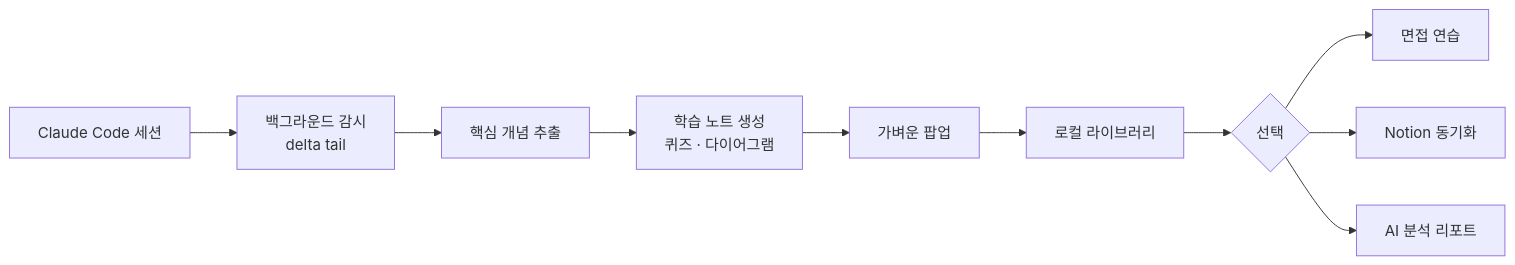
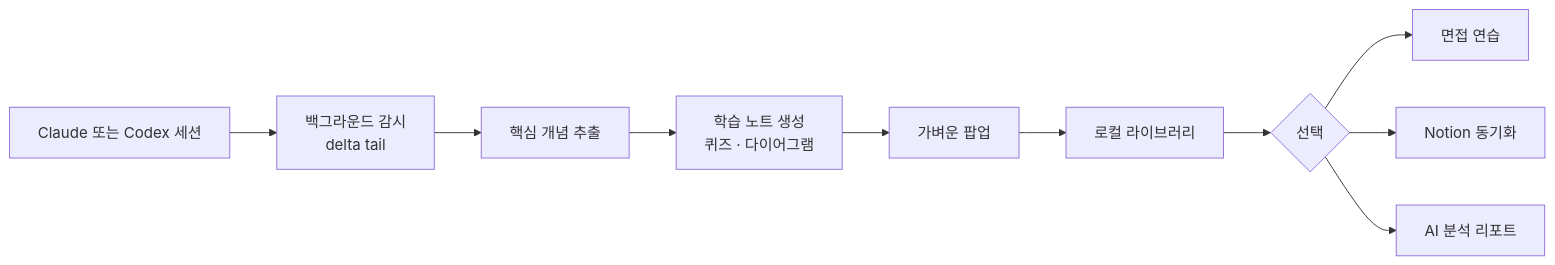
Before and after one commit to letYuchan/snap-learn-open: the diagram in README.md, drawn with Mermaid. The commit also changed other lines of this file, not shown here.

````diff
--- a/README.md
+++ b/README.md
@@ -40,12 +42,12 @@
 ```mermaid
 flowchart LR
-  A[Claude Code 세션] --> B[백그라운드 감시<br/>delta tail]
+  A[Claude 또는 Codex 세션] --> B[백그라운드 감시<br/>delta tail]
   B --> C[핵심 개념 추출]
   C --> D[학습 노트 생성<br/>퀴즈 · 다이어그램]
   D --> E[가벼운 팝업]
   E --> F[로컬 라이브러리]
   F --> G{선택}
   G --> H[면접 연습]
   G --> I[Notion 동기화]
   G --> J[AI 분석 리포트]
 ```
````
